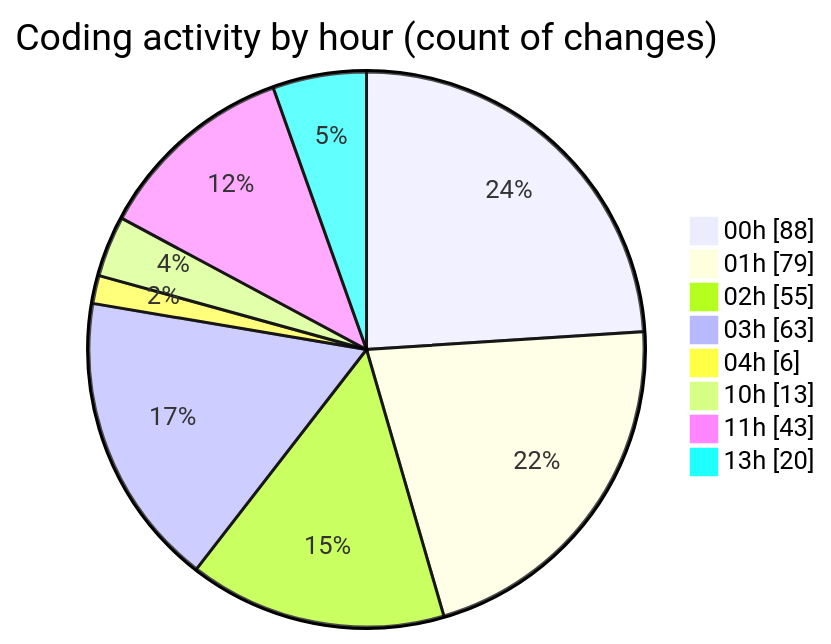
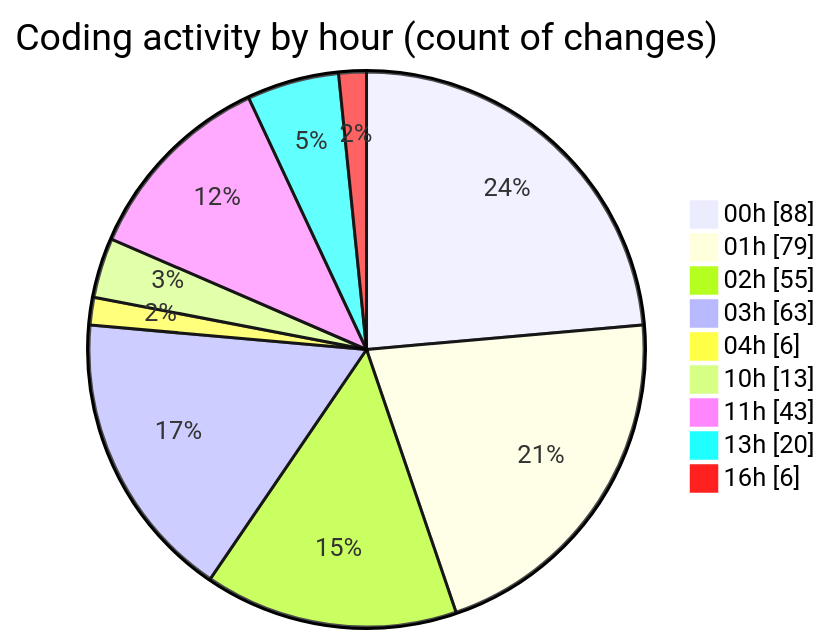
The second of 2 diagrams in 2025-08-16/rentotp/README.md (lephambinh05/code-tracking), drawn with Mermaid before and after one commit. The commit also changed other lines of this file and 1 other file, not shown here.

````diff
--- a/2025-08-16/rentotp/README.md
+++ b/2025-08-16/rentotp/README.md
@@ -86,12 +89,13 @@
 ```mermaid
 pie showData
 title Coding activity by hour (count of changes)
 "00h" : 88
 "01h" : 79
 "02h" : 55
 "03h" : 63
 "04h" : 6
 "10h" : 13
 "11h" : 43
 "13h" : 20
+"16h" : 6
 ```
````
